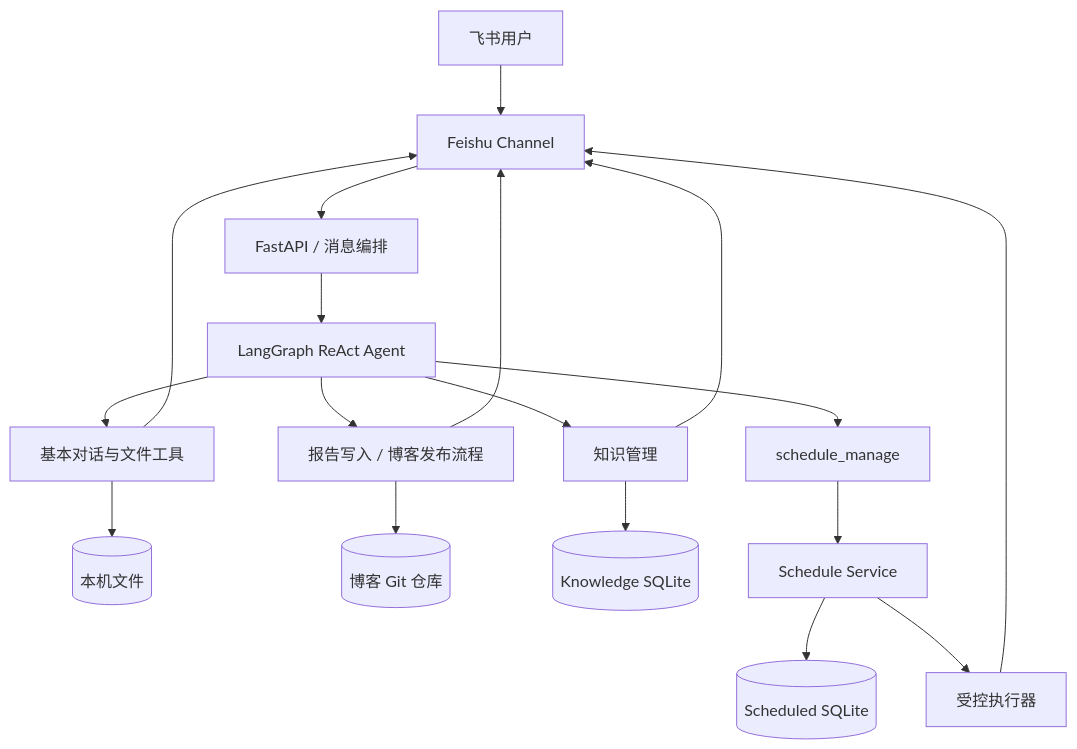
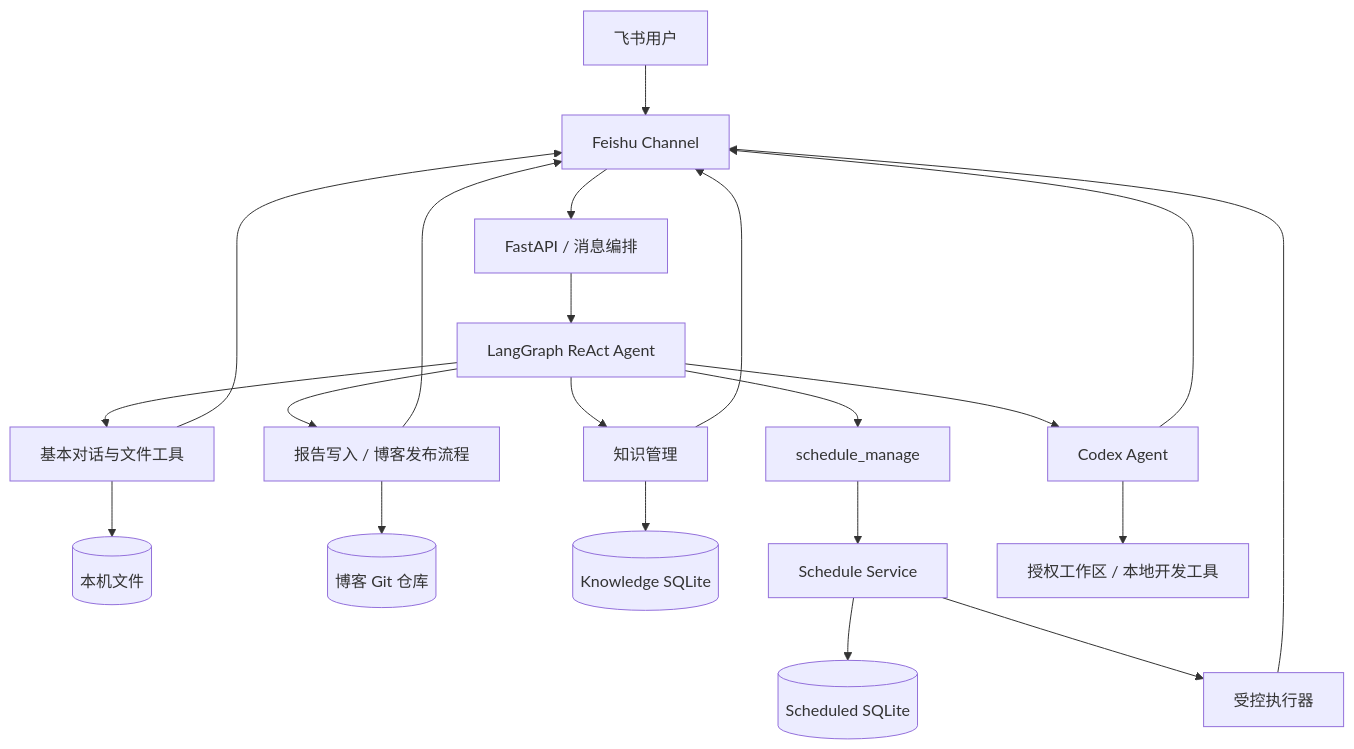
The seventh of 8 diagrams in src/content/projectDocuments/telebot/telebot-product-case.md (kari-leo/windborne-blog), drawn with Mermaid before and after one commit. The commit also changed other lines of this file and 2 other files, not shown here.

Commit message:
docs(telebot): 补充 Codex Agent 能力并精简产品需求文档

````diff
--- a/src/content/projectDocuments/telebot/telebot-product-case.md
+++ b/src/content/projectDocuments/telebot/telebot-product-case.md
@@ -402,23 +424,26 @@
 ```mermaid
 flowchart TB
     U[飞书用户] --> C[Feishu Channel]
     C --> APP[FastAPI / 消息编排]
     APP --> AG[LangGraph ReAct Agent]
 
     AG --> F[基本对话与文件工具]
     AG --> B[报告写入 / 博客发布流程]
     AG --> KB[知识管理]
     AG --> SM[schedule_manage]
+    AG --> CX[Codex Agent]
 
     F --> FS[(本机文件)]
     B --> BLOG[(博客 Git 仓库)]
     KB --> KDB[(Knowledge SQLite)]
     SM --> SS[Schedule Service]
     SS --> SDB[(Scheduled SQLite)]
     SS --> EX[受控执行器]
+    CX --> WS[授权工作区 / 本地开发工具]
 
     F --> C
     B --> C
     KB --> C
     EX --> C
+    CX --> C
 ```
````
